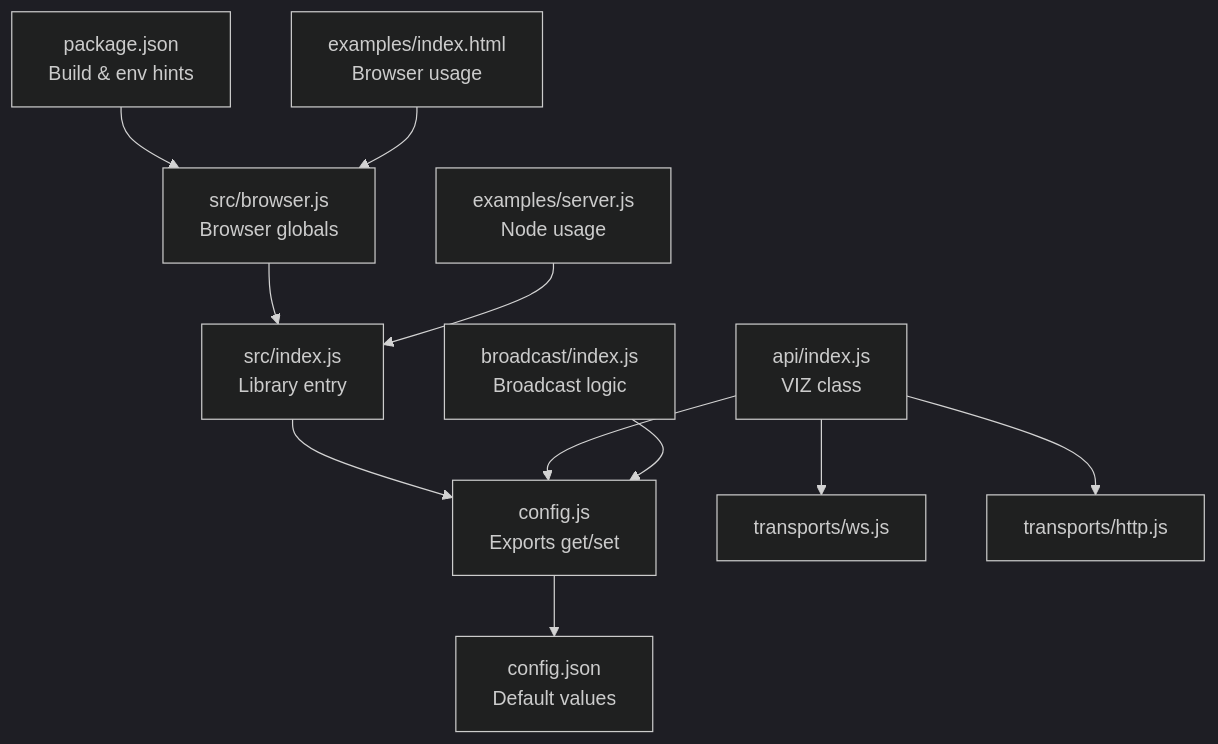
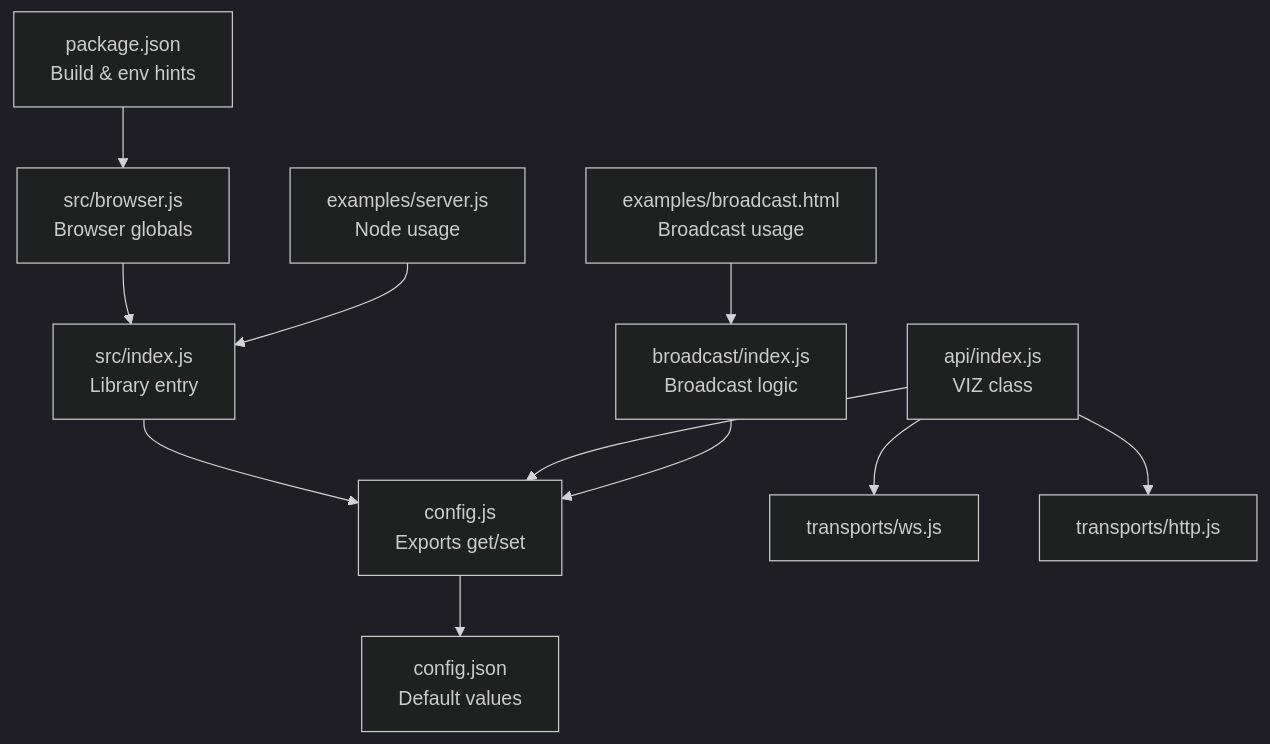
The first of 8 diagrams in .qoder/repowiki/en/content/API Reference/Configuration Options.md (VIZ-Blockchain/viz-js-lib), drawn with Mermaid (dark theme) before and after one commit. The commit also changed other lines of this file and 3 other files, not shown here.

````diff
--- a/.qoder/repowiki/en/content/API Reference/Configuration Options.md
+++ b/.qoder/repowiki/en/content/API Reference/Configuration Options.md
@@ -37,13 +47,13 @@
 ```mermaid
 graph TB
 cfg["config.js<br/>Exports get/set"] --> dflt["config.json<br/>Default values"]
 idx["src/index.js<br/>Library entry"] --> cfg
 br["src/browser.js<br/>Browser globals"] --> idx
 pkg["package.json<br/>Build & env hints"] --> br
 api["api/index.js<br/>VIZ class"] --> cfg
 api --> tr_ws["transports/ws.js"]
 api --> tr_http["transports/http.js"]
 bcast["broadcast/index.js<br/>Broadcast logic"] --> cfg
-ex_b["examples/index.html<br/>Browser usage"] --> br
+ex_b["examples/broadcast.html<br/>Broadcast usage"] --> bcast
 ex_s["examples/server.js<br/>Node usage"] --> idx
 ```
````
